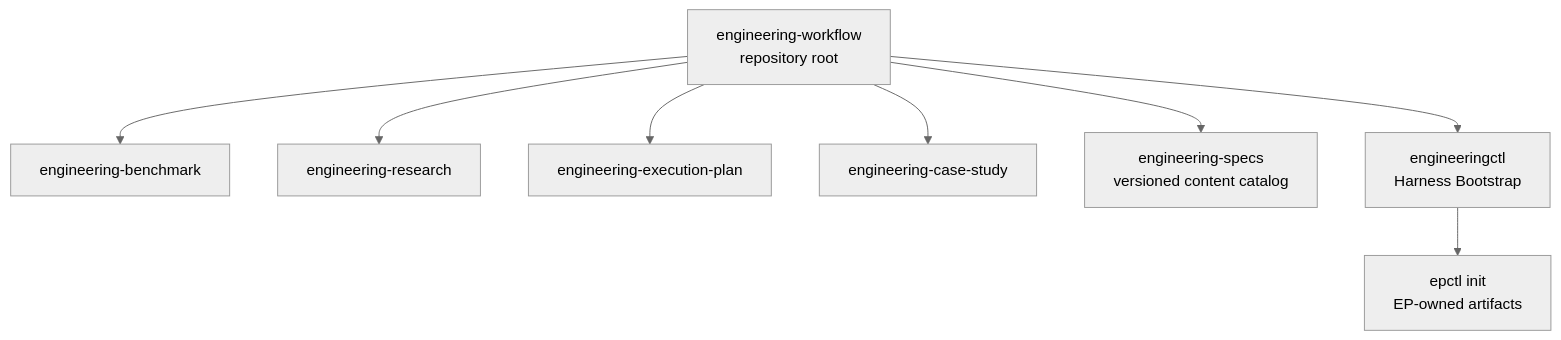
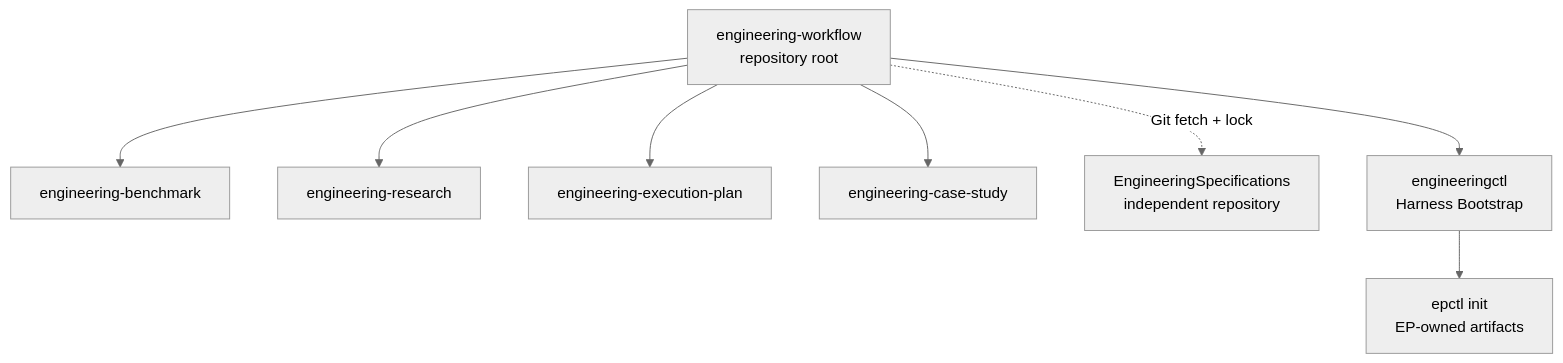
The diagram in docs/design-docs/engineering-workflow-packaging.md (XiaoWeiKIN/RepoFoundryAI), drawn with Mermaid (neutral theme) before and after one commit. The commit also changed other lines of this file and 31 other files, not shown here.

Commit message:
feat: fetch engineering specs from external git catalog

````diff
--- a/docs/design-docs/engineering-workflow-packaging.md
+++ b/docs/design-docs/engineering-workflow-packaging.md
@@ -21,11 +24,11 @@
 ```mermaid
 flowchart TB
     W["engineering-workflow<br/>repository root"]
     W --> B["engineering-benchmark"]
     W --> R["engineering-research"]
     W --> E["engineering-execution-plan"]
     W --> C["engineering-case-study"]
-    W --> S["engineering-specs<br/>versioned content catalog"]
+    W -.->|"Git fetch + lock"| S["EngineeringSpecifications<br/>independent repository"]
     W --> H["engineeringctl<br/>Harness Bootstrap"]
     H --> I["epctl init<br/>EP-owned artifacts"]
 ```
````
